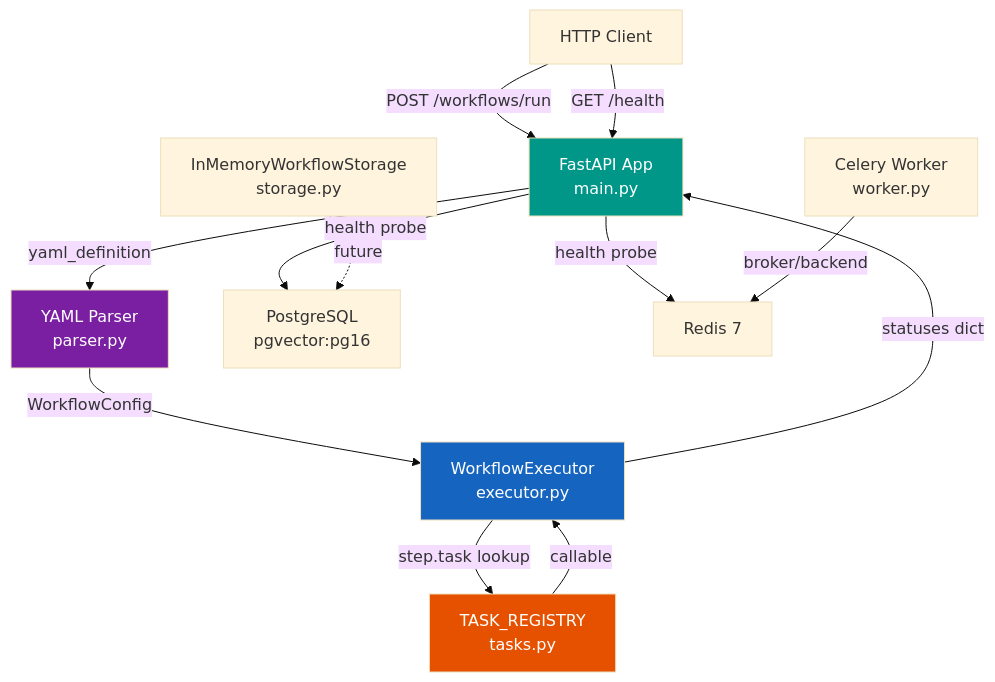
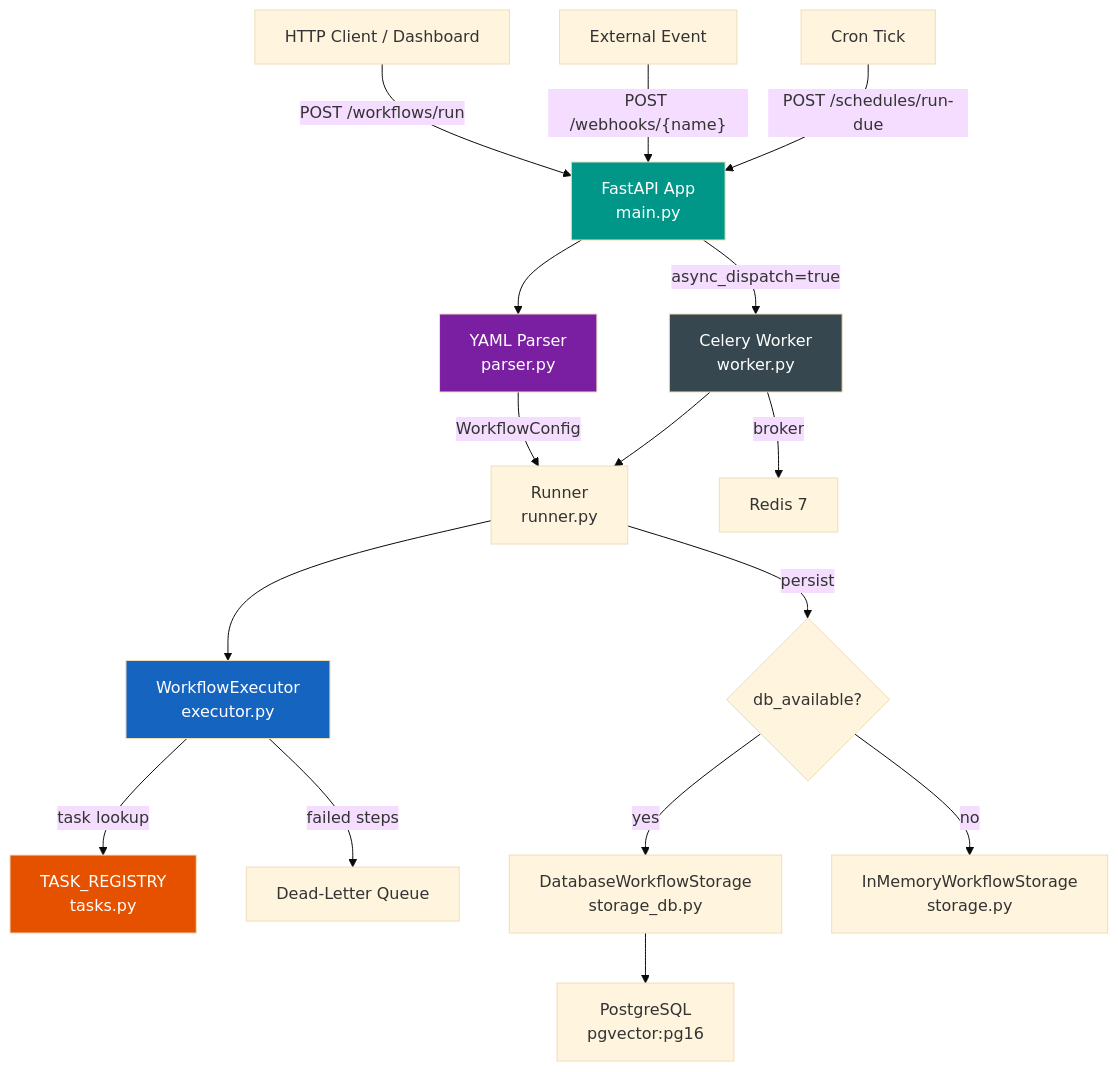
One commit to FishRaposo/async-workflow-engine changed the diagram in README.md. Above: the diagram before and after it, drawn with Mermaid (base theme). The commit also changed other lines of this file and 93 other files, not shown here.

````diff
--- a/README.md
+++ b/README.md
@@ -29,22 +32,31 @@
 ```mermaid
 graph TB
-    Client["HTTP Client"] -->|POST /workflows/run| API["FastAPI App<br/>main.py"]
-    Client -->|GET /health| API
+    Client["HTTP Client / Dashboard"]
+    Webhook["External Event"]
+    Cron["Cron Tick"]
 
-    API -->|yaml_definition| Parser["YAML Parser<br/>parser.py"]
-    Parser -->|WorkflowConfig| Executor["WorkflowExecutor<br/>executor.py"]
-    Executor -->|step.task lookup| Registry["TASK_REGISTRY<br/>tasks.py"]
-    Registry -->|callable| Executor
-    Executor -->|statuses dict| API
+    Client -->|"POST /workflows/run"| API["FastAPI App<br/>main.py"]
+    Webhook -->|"POST /webhooks/{name}"| API
+    Cron -->|"POST /schedules/run-due"| API
 
-    API -->|health probe| DB["PostgreSQL<br/>pgvector:pg16"]
-    API -->|health probe| Redis["Redis 7"]
+    API --> Parser["YAML Parser<br/>parser.py"]
+    Parser -->|WorkflowConfig| Runner["Runner<br/>runner.py"]
+    Runner --> Executor["WorkflowExecutor<br/>executor.py"]
+    Executor -->|task lookup| Registry["TASK_REGISTRY<br/>tasks.py"]
+    Executor -->|failed steps| DLQ["Dead-Letter Queue"]
 
-    Worker["Celery Worker<br/>worker.py"] -->|broker/backend| Redis
-    Storage["InMemoryWorkflowStorage<br/>storage.py"] -.->|future| DB
+    API -->|"async_dispatch=true"| Celery["Celery Worker<br/>worker.py"]
+    Celery --> Runner
+
+    Runner -->|persist| Storage{"db_available?"}
+    Storage -->|yes| DBStore["DatabaseWorkflowStorage<br/>storage_db.py"]
+    Storage -->|no| MemStore["InMemoryWorkflowStorage<br/>storage.py"]
+    DBStore --> PG["PostgreSQL<br/>pgvector:pg16"]
+    Celery -->|broker| Redis["Redis 7"]
 
     style API fill:#009688,color:#fff
     style Executor fill:#1565c0,color:#fff
     style Parser fill:#7b1fa2,color:#fff
     style Registry fill:#e65100,color:#fff
+    style Celery fill:#37474f,color:#fff
 ```
````
